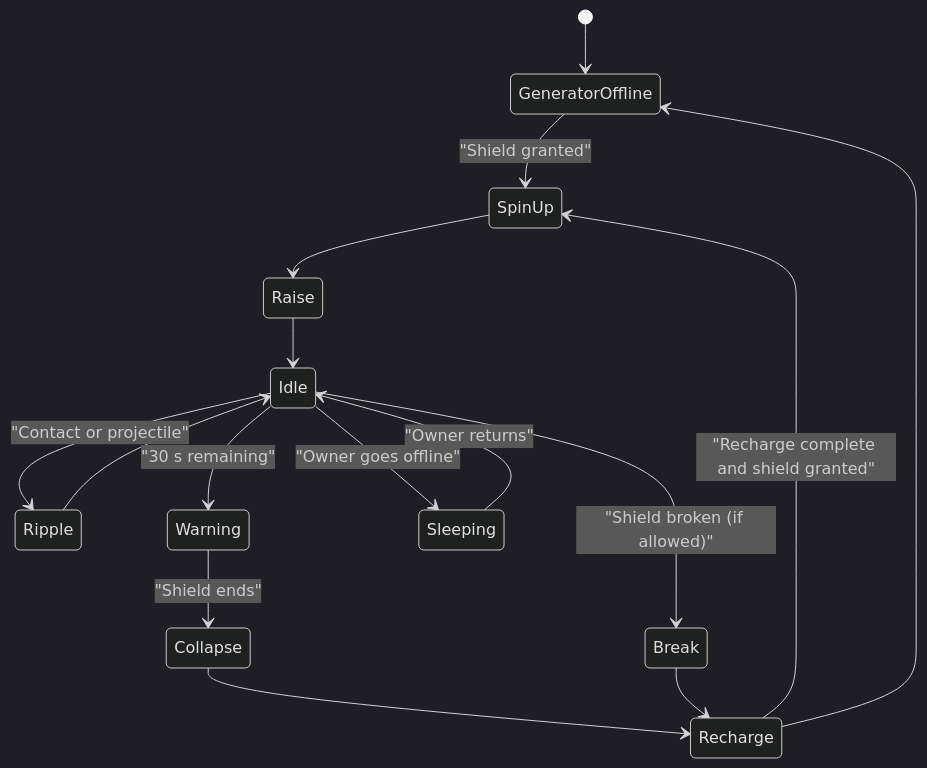
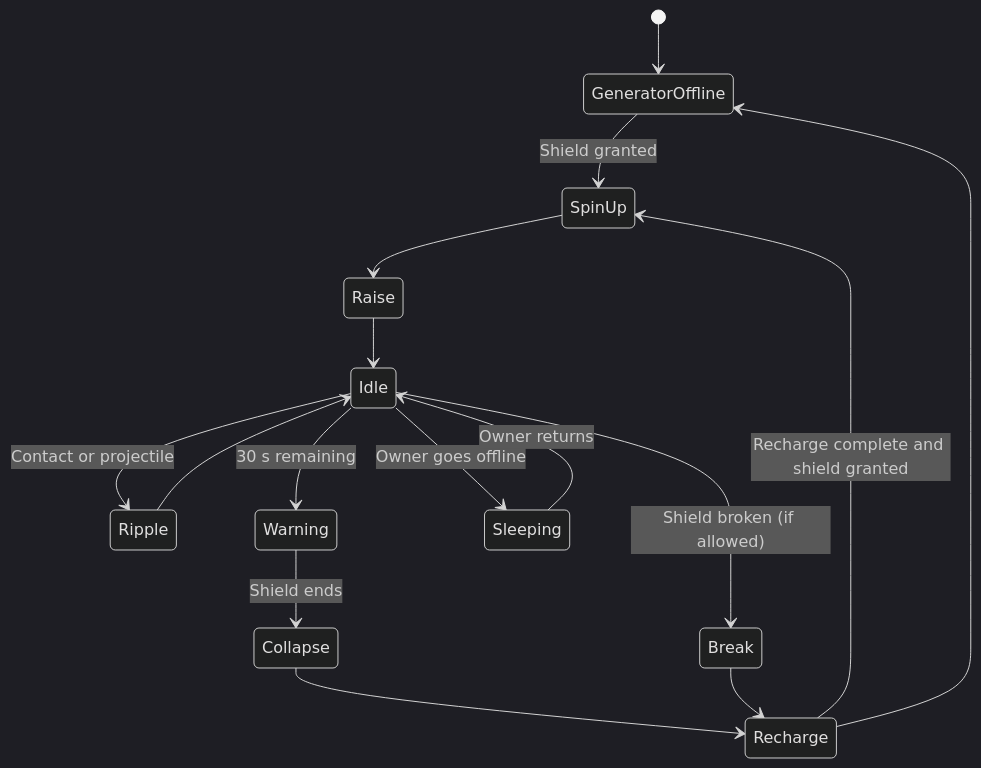
Before and after one commit to shrp1434/ZeroCheat: the diagram in Fight Animals for Eggs - Game Design Bible/13 - ANIMATION AND VFX/Animation/Animation - Shield Activation.md, drawn with Mermaid (dark theme). The commit also changed 24 other files, not shown here.

````diff
--- a/Fight Animals for Eggs - Game Design Bible/13 - ANIMATION AND VFX/Animation/Animation - Shield Activation.md
+++ b/Fight Animals for Eggs - Game Design Bible/13 - ANIMATION AND VFX/Animation/Animation - Shield Activation.md
@@ -131,18 +131,18 @@
 ```mermaid
 stateDiagram-v2
     [*] --> GeneratorOffline
-    GeneratorOffline --> SpinUp: "Shield granted"
+    GeneratorOffline --> SpinUp: Shield granted
     SpinUp --> Raise
     Raise --> Idle
-    Idle --> Ripple: "Contact or projectile"
+    Idle --> Ripple: Contact or projectile
     Ripple --> Idle
-    Idle --> Warning: "30 s remaining"
-    Warning --> Collapse: "Shield ends"
-    Idle --> Break: "Shield broken (if allowed)"
+    Idle --> Warning: 30 s remaining
+    Warning --> Collapse: Shield ends
+    Idle --> Break: Shield broken (if allowed)
     Collapse --> Recharge
     Break --> Recharge
-    Recharge --> SpinUp: "Recharge complete and shield granted"
+    Recharge --> SpinUp: Recharge complete and shield granted
     Recharge --> GeneratorOffline
-    Idle --> Sleeping: "Owner goes offline"
-    Sleeping --> Idle: "Owner returns"
+    Idle --> Sleeping: Owner goes offline
+    Sleeping --> Idle: Owner returns
 ```
````
